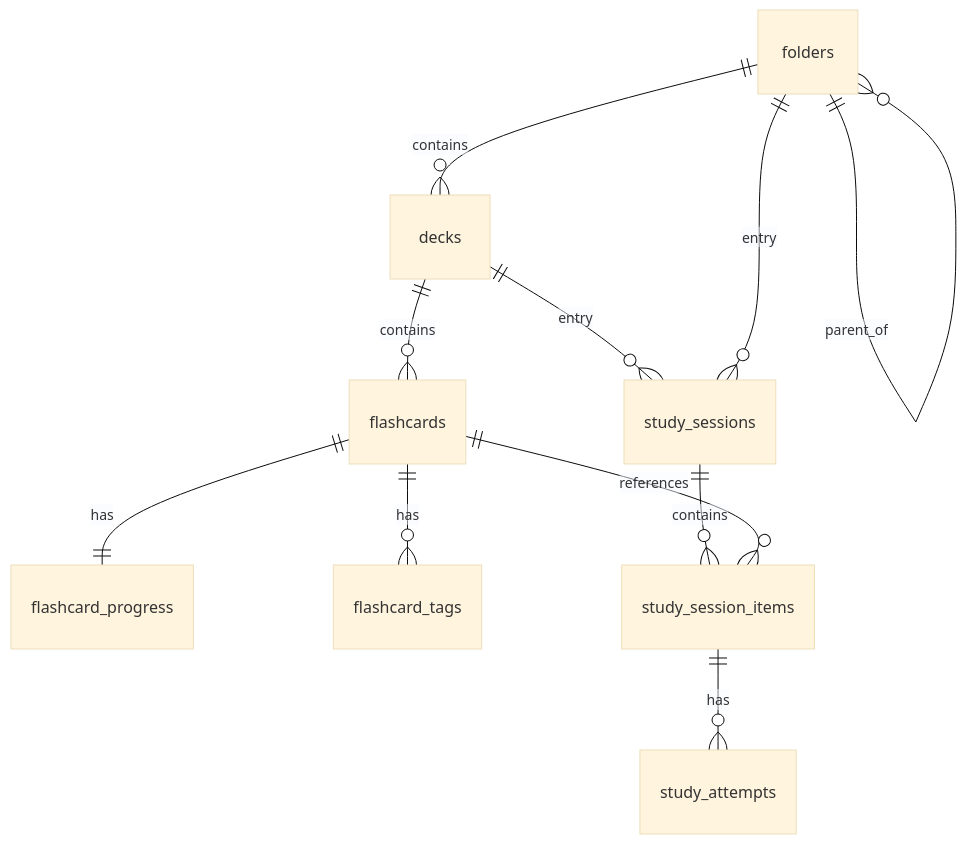
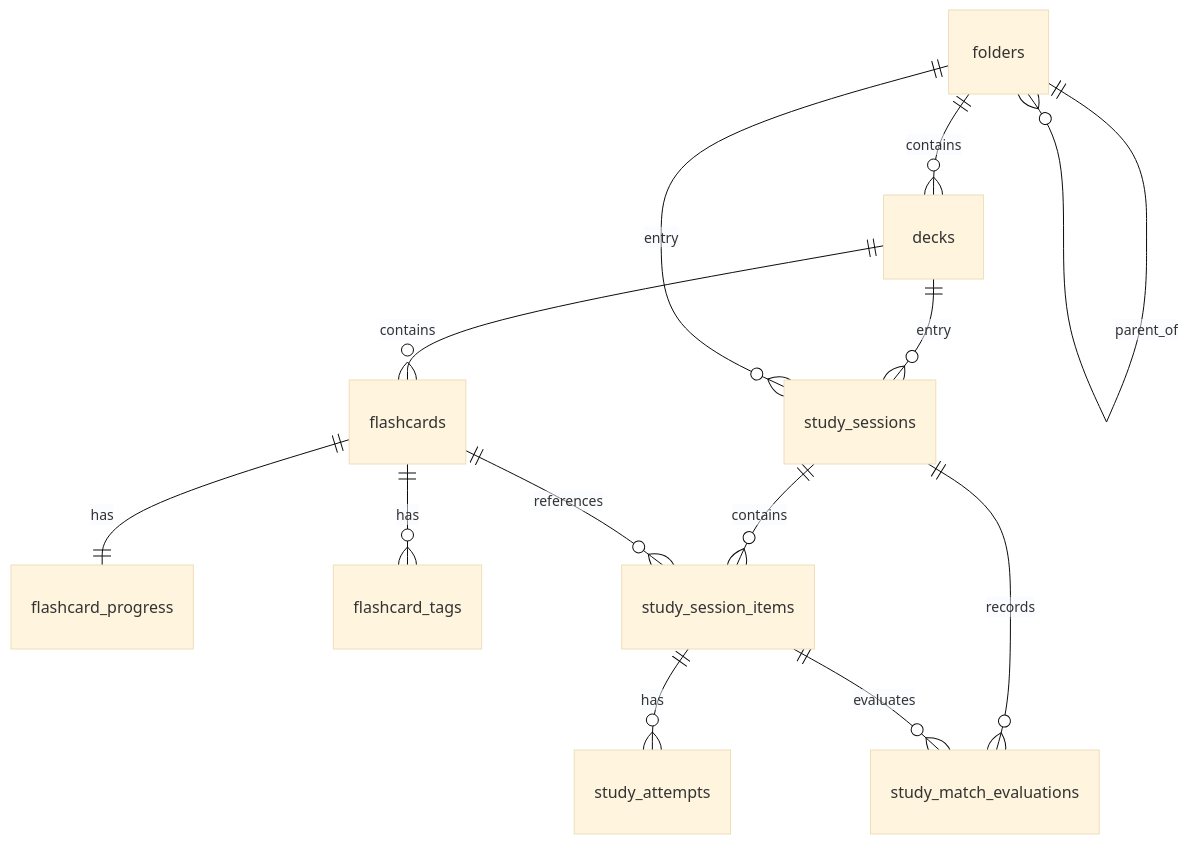
The diagram in docs/database/schema-contract.md (ntgptit/memox-v3), drawn with Mermaid (base theme) before and after one commit. The commit also changed other lines of this file and 33 other files, not shown here.

Commit message:
feat(study): add match persistence backend

````diff
--- a/docs/database/schema-contract.md
+++ b/docs/database/schema-contract.md
@@ -163,13 +167,15 @@
 ```mermaid
 erDiagram
     folders ||--o{ folders : parent_of
     folders ||--o{ decks : contains
     decks ||--o{ flashcards : contains
     flashcards ||--|| flashcard_progress : has
     flashcards ||--o{ flashcard_tags : has
     decks ||--o{ study_sessions : entry
     folders ||--o{ study_sessions : entry
     study_sessions ||--o{ study_session_items : contains
+    study_sessions ||--o{ study_match_evaluations : records
     study_session_items ||--o{ study_attempts : has
+    study_session_items ||--o{ study_match_evaluations : evaluates
     flashcards ||--o{ study_session_items : references
 ```
````
